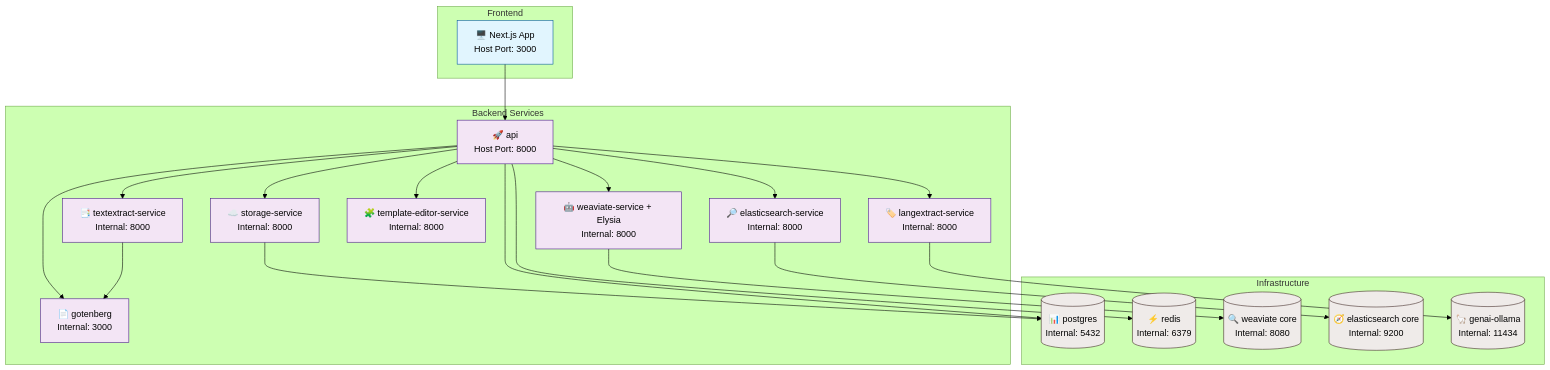
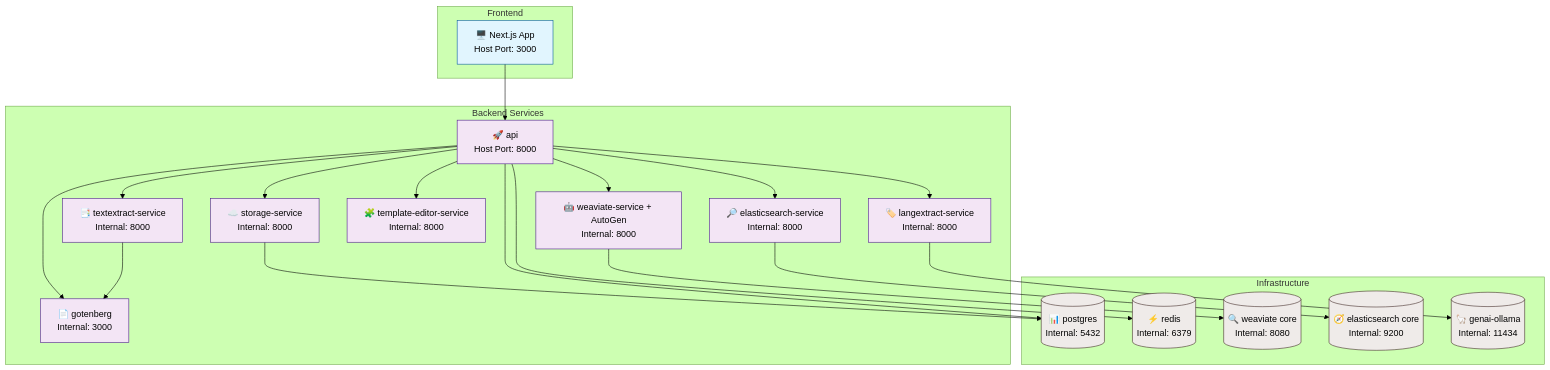
The diagram in backend/architecture/docker-architecture.md (horelvis/nexus-documents-ia), drawn with Mermaid (forest theme) before and after one commit. The commit also changed 298 other files, not shown here.

````diff
--- a/backend/architecture/docker-architecture.md
+++ b/backend/architecture/docker-architecture.md
@@ -5,50 +5,50 @@
 ```mermaid
 graph TB
     subgraph "Frontend"
         NextJS[🖥️ Next.js App<br/>Host Port: 3000]
     end
 
     subgraph "Backend Services"
         API[🚀 api<br/>Host Port: 8000]
-        WeaviateSvc[🤖 weaviate-service + Elysia<br/>Internal: 8000]
+        WeaviateSvc[🤖 weaviate-service + AutoGen<br/>Internal: 8000]
         LangExtractSvc[🏷️ langextract-service<br/>Internal: 8000]
         TextExtractSvc[📑 textextract-service<br/>Internal: 8000]
         TemplateSvc[🧩 template-editor-service<br/>Internal: 8000]
         StorageSvc[☁️ storage-service<br/>Internal: 8000]
         ElasticSvc[🔎 elasticsearch-service<br/>Internal: 8000]
         GotenbergSvc[📄 gotenberg<br/>Internal: 3000]
     end
 
     subgraph "Infrastructure"
         Postgres[(📊 postgres<br/>Internal: 5432)]
         Redis[(⚡ redis<br/>Internal: 6379)]
         WeaviateCore[(🔍 weaviate core<br/>Internal: 8080)]
         ElasticsearchCore[(🧭 elasticsearch core<br/>Internal: 9200)]
         Ollama[(🦙 genai-ollama<br/>Internal: 11434)]
     end
 
     NextJS --> API
     API --> WeaviateSvc
     API --> LangExtractSvc
     API --> TextExtractSvc
     API --> TemplateSvc
     API --> StorageSvc
     API --> ElasticSvc
     API --> GotenbergSvc
 
     WeaviateSvc --> WeaviateCore
     LangExtractSvc --> Ollama
     TextExtractSvc --> GotenbergSvc
     StorageSvc --> Postgres
     API --> Postgres
     API --> Redis
     ElasticSvc --> ElasticsearchCore
 
     classDef frontend fill:#e1f5fe,stroke:#01579b
     classDef backend fill:#f3e5f5,stroke:#4a148c
     classDef infra fill:#efebe9,stroke:#3e2723
 
     class NextJS frontend
     class API,WeaviateSvc,LangExtractSvc,TextExtractSvc,TemplateSvc,StorageSvc,ElasticSvc,GotenbergSvc backend
     class Postgres,Redis,WeaviateCore,ElasticsearchCore,Ollama infra
 ```
````
